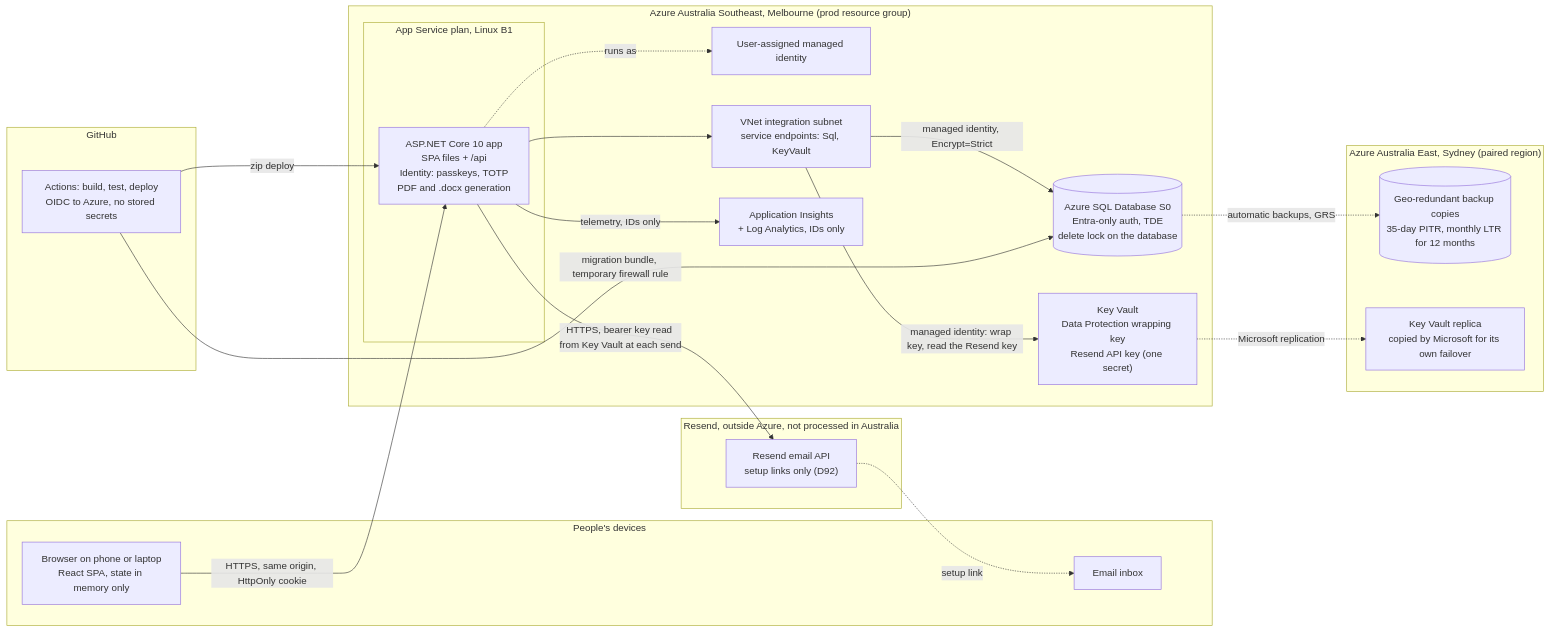
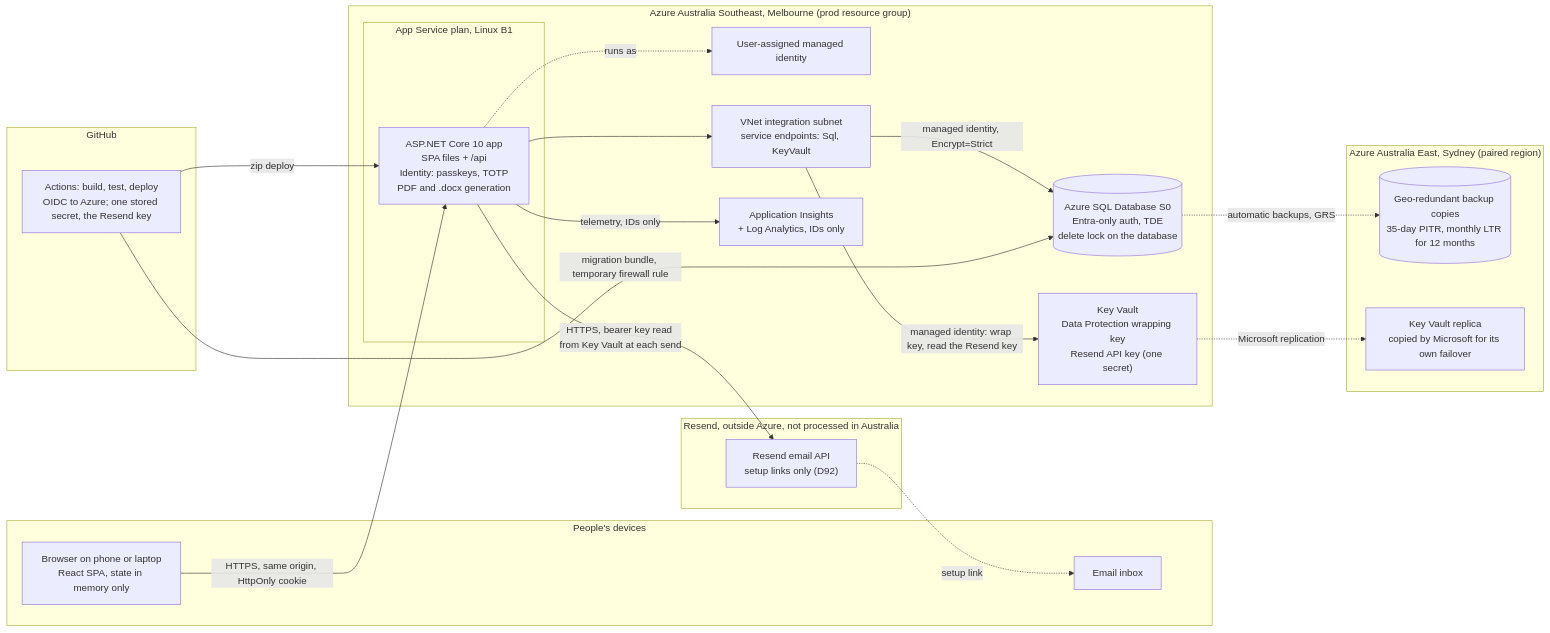
One commit to Lethabarb/grow2notes changed the second of 2 diagrams in design/design.md. Above: the diagram before and after it, drawn with Mermaid. The commit also changed other lines of this file and 31 other files, not shown here.

First line of the commit message:
feat(email): set the Resend key and sender as GitHub environment secrets (#185)

````diff
--- a/design/design.md
+++ b/design/design.md
@@ -1498,44 +1498,44 @@
 ```mermaid
 flowchart LR
     subgraph DEV["People's devices"]
         BROWSER["Browser on phone or laptop<br/>React SPA, state in memory only"]
         INBOX["Email inbox"]
     end
 
     subgraph AUSE["Azure Australia Southeast, Melbourne (prod resource group)"]
         subgraph PLAN["App Service plan, Linux B1"]
             APP["ASP.NET Core 10 app<br/>SPA files + /api<br/>Identity: passkeys, TOTP<br/>PDF and .docx generation"]
         end
         UAMI["User-assigned managed identity"]
         SUBNET["VNet integration subnet<br/>service endpoints: Sql, KeyVault"]
         SQL[("Azure SQL Database S0<br/>Entra-only auth, TDE<br/>delete lock on the database")]
         KV["Key Vault<br/>Data Protection wrapping key<br/>Resend API key (one secret)"]
         MON["Application Insights<br/>+ Log Analytics, IDs only"]
     end
 
     subgraph RESEND_G["Resend, outside Azure, not processed in Australia"]
         RESEND["Resend email API<br/>setup links only (D92)"]
     end
 
     subgraph AUE["Azure Australia East, Sydney (paired region)"]
         GEO[("Geo-redundant backup copies<br/>35-day PITR, monthly LTR for 12 months")]
         KVREP["Key Vault replica<br/>copied by Microsoft for its own failover"]
     end
 
     subgraph GH["GitHub"]
-        ACTIONS["Actions: build, test, deploy<br/>OIDC to Azure, no stored secrets"]
+        ACTIONS["Actions: build, test, deploy<br/>OIDC to Azure; one stored secret, the Resend key"]
     end
 
     BROWSER -->|"HTTPS, same origin, HttpOnly cookie"| APP
     APP -.->|"runs as"| UAMI
     APP --> SUBNET
     SUBNET -->|"managed identity, Encrypt=Strict"| SQL
     SUBNET -->|"managed identity: wrap key, read the Resend key"| KV
     APP -->|"HTTPS, bearer key read from Key Vault at each send"| RESEND
     RESEND -.->|"setup link"| INBOX
     APP -->|"telemetry, IDs only"| MON
     SQL -.->|"automatic backups, GRS"| GEO
     KV -.->|"Microsoft replication"| KVREP
     ACTIONS -->|"zip deploy"| APP
     ACTIONS -->|"migration bundle, temporary firewall rule"| SQL
 ```
````
